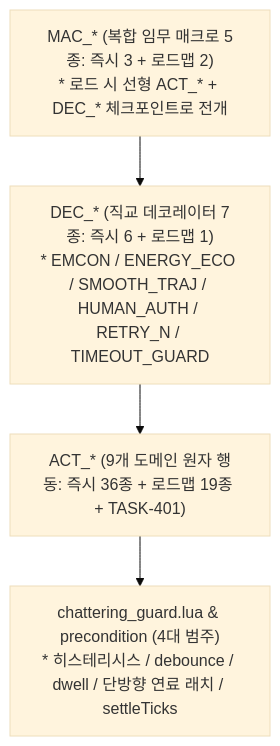
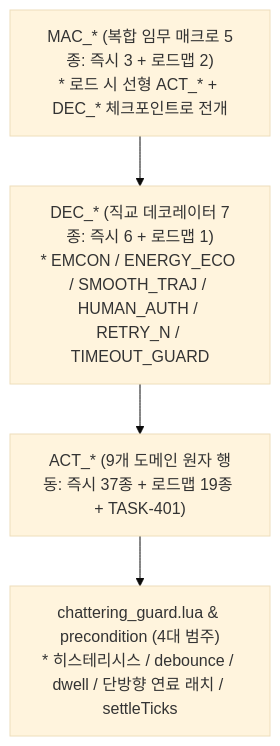
One commit to Polimachi/Aeroneutics_Autopilot changed the second of 2 diagrams in docs/specs/3_planning/amm/AMM_PROGRAM_SPECIFICATION.md. Above: the diagram before and after it, drawn with Mermaid (base theme). The commit also changed other lines of this file and 68 other files, not shown here.

````diff
--- a/docs/specs/3_planning/amm/AMM_PROGRAM_SPECIFICATION.md
+++ b/docs/specs/3_planning/amm/AMM_PROGRAM_SPECIFICATION.md
@@ -540,8 +544,8 @@
 ```mermaid
 flowchart TD
     M["MAC_* (복합 임무 매크로 5종: 즉시 3 + 로드맵 2)<br/>* 로드 시 선형 ACT_* + DEC_* 체크포인트로 전개"]
     D["DEC_* (직교 데코레이터 7종: 즉시 6 + 로드맵 1)<br/>* EMCON / ENERGY_ECO / SMOOTH_TRAJ / HUMAN_AUTH / RETRY_N / TIMEOUT_GUARD"]
-    A["ACT_* (9개 도메인 원자 행동: 즉시 36종 + 로드맵 19종 + TASK-401)"]
+    A["ACT_* (9개 도메인 원자 행동: 즉시 37종 + 로드맵 19종 + TASK-401)"]
     G["chattering_guard.lua & precondition (4대 범주)<br/>* 히스테리시스 / debounce / dwell / 단방향 연료 래치 / settleTicks"]
     M --> D --> A --> G
 ```
````
